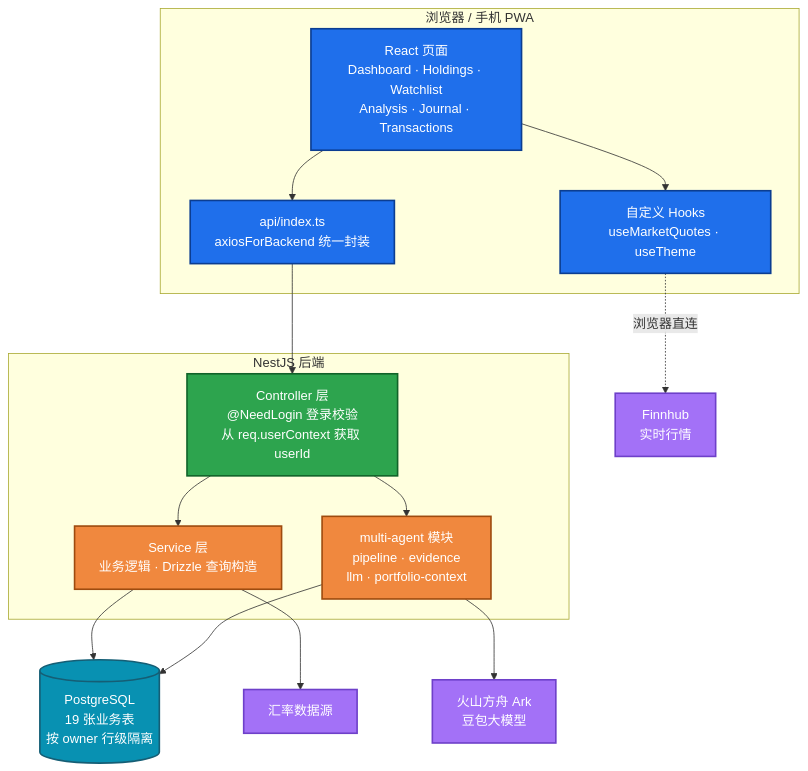
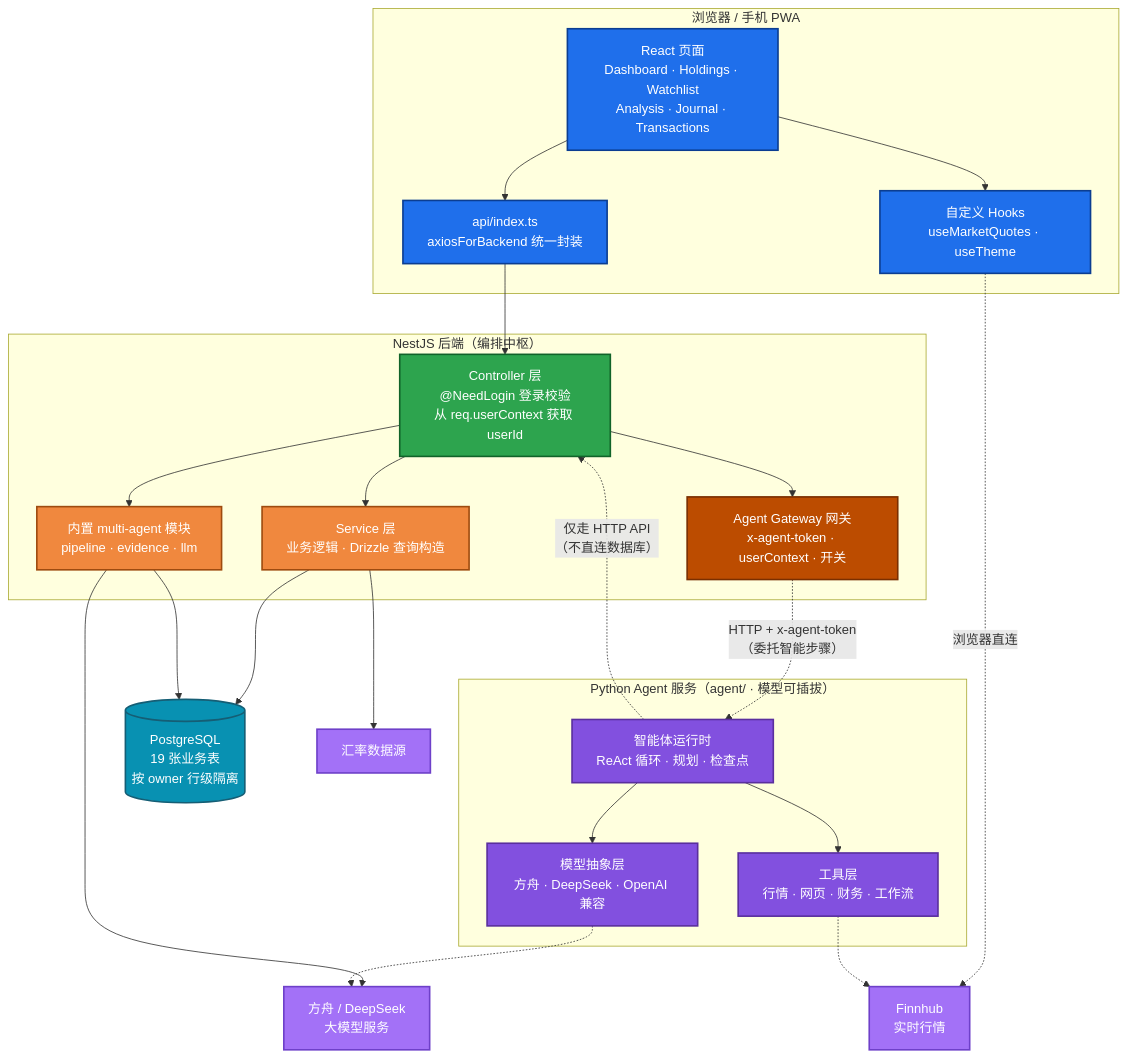
Before and after one commit to Lueyu/daily-portfolio-analysis: the first of 3 diagrams in README.zh-CN.md, drawn with Mermaid. The commit also changed other lines of this file and 18 other files, not shown here.

First line of the commit message:
feat(agent): add pluggable Python agent service with model abstraction and tool layer

````diff
--- a/README.zh-CN.md
+++ b/README.zh-CN.md
@@ -28,36 +31,52 @@
 ```mermaid
 flowchart TB
     subgraph Browser["浏览器 / 手机 PWA"]
         P["React 页面<br/>Dashboard · Holdings · Watchlist<br/>Analysis · Journal · Transactions"]:::fe
         H["自定义 Hooks<br/>useMarketQuotes · useTheme"]:::fe
         AC["api/index.ts<br/>axiosForBackend 统一封装"]:::fe
         P --> AC
         P --> H
     end
 
-    subgraph Server["NestJS 后端"]
+    subgraph Server["NestJS 后端（编排中枢）"]
         C["Controller 层<br/>@NeedLogin 登录校验<br/>从 req.userContext 获取 userId"]:::ctrl
         S["Service 层<br/>业务逻辑 · Drizzle 查询构造"]:::svc
-        MA["multi-agent 模块<br/>pipeline · evidence<br/>llm · portfolio-context"]:::svc
+        MA["内置 multi-agent 模块<br/>pipeline · evidence · llm"]:::svc
+        GW["Agent Gateway 网关<br/>x-agent-token · userContext · 开关"]:::gw
         C --> S
         C --> MA
+        C --> GW
+    end
+
+    subgraph PyAgent["Python Agent 服务（agent/ · 模型可插拔）"]
+        RT["智能体运行时<br/>ReAct 循环 · 规划 · 检查点"]:::py
+        TOOLS["工具层<br/>行情 · 网页 · 财务 · 工作流"]:::py
+        MODELS["模型抽象层<br/>方舟 · DeepSeek · OpenAI 兼容"]:::py
+        RT --> TOOLS
+        RT --> MODELS
     end
 
     PG[("PostgreSQL<br/>19 张业务表<br/>按 owner 行级隔离")]:::db
     FH["Finnhub<br/>实时行情"]:::ext
-    ARK["火山方舟 Ark<br/>豆包大模型"]:::ext
+    ARK["方舟 / DeepSeek<br/>大模型服务"]:::ext
     FXEXT["汇率数据源"]:::ext
 
     H -. 浏览器直连 .-> FH
     AC --> C
     S --> PG
     MA --> PG
     MA --> ARK
     S --> FXEXT
+    GW -. "HTTP + x-agent-token<br/>（委托智能步骤）" .-> RT
+    RT -. "仅走 HTTP API<br/>（不直连数据库）" .-> C
+    TOOLS -.-> FH
+    MODELS -.-> ARK
 
     classDef fe fill:#1f6feb,stroke:#0b3d91,color:#ffffff,stroke-width:2px
     classDef ctrl fill:#2da44e,stroke:#116329,color:#ffffff,stroke-width:2px
     classDef svc fill:#f0883e,stroke:#9e4b0f,color:#ffffff,stroke-width:2px
+    classDef gw fill:#bc4c00,stroke:#7a2f00,color:#ffffff,stroke-width:2px
+    classDef py fill:#8250df,stroke:#5a2f9e,color:#ffffff,stroke-width:2px
     classDef db fill:#0891b2,stroke:#155e75,color:#ffffff,stroke-width:2px
     classDef ext fill:#a371f7,stroke:#6e40c9,color:#ffffff,stroke-width:2px
 ```
````
